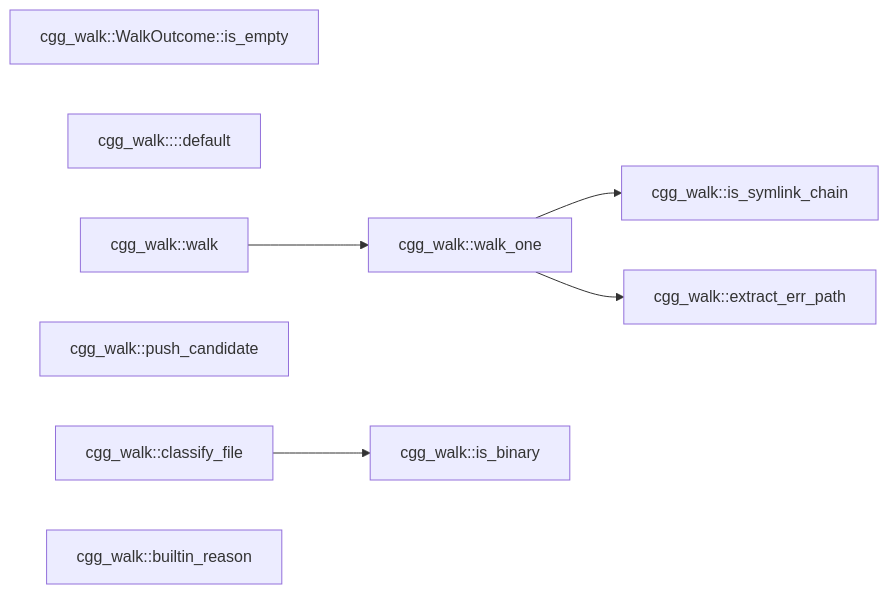
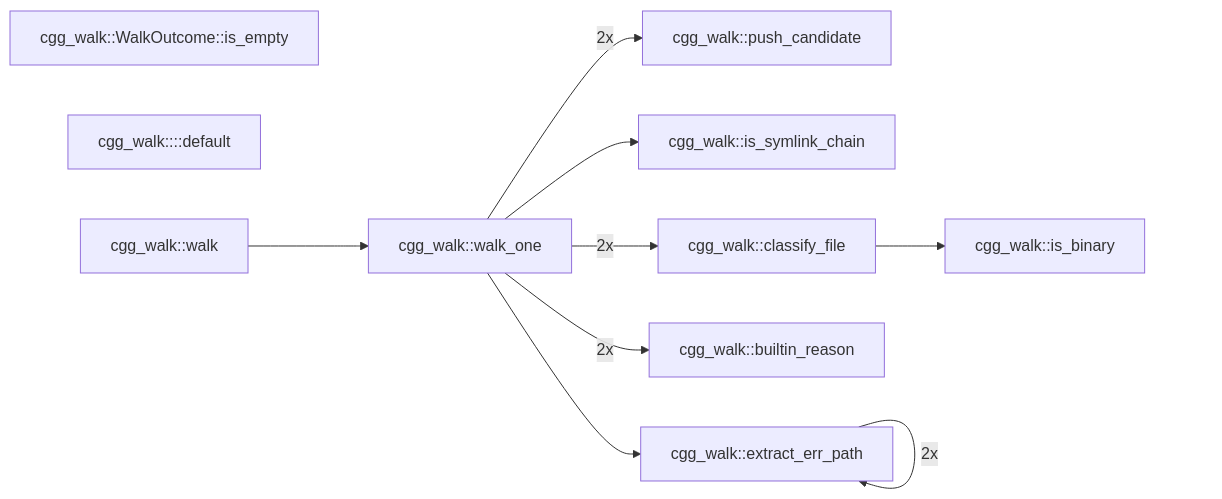
One commit to NeuralNotwerk/cgg changed the second of 4 diagrams in README.md. Above: the diagram before and after it, drawn with Mermaid. The commit also changed other lines of this file and 115 other files, not shown here.

````diff
--- a/README.md
+++ b/README.md
@@ -515,17 +523,21 @@
 ```mermaid
 flowchart LR
   C0["cgg_walk::WalkOutcome::is_empty"]
   C1["cgg_walk::<WalkConfig as Default>::default"]
   C2["cgg_walk::walk"]
   C3["cgg_walk::walk_one"]
   C4["cgg_walk::push_candidate"]
   C5["cgg_walk::is_symlink_chain"]
   C6["cgg_walk::classify_file"]
   C7["cgg_walk::is_binary"]
   C8["cgg_walk::builtin_reason"]
   C9["cgg_walk::extract_err_path"]
   C2 --> C3
+  C3 -->|2x| C4
   C3 --> C5
+  C3 -->|2x| C6
+  C3 -->|2x| C8
   C3 --> C9
   C6 --> C7
+  C9 -->|2x| C9
 ```
````
